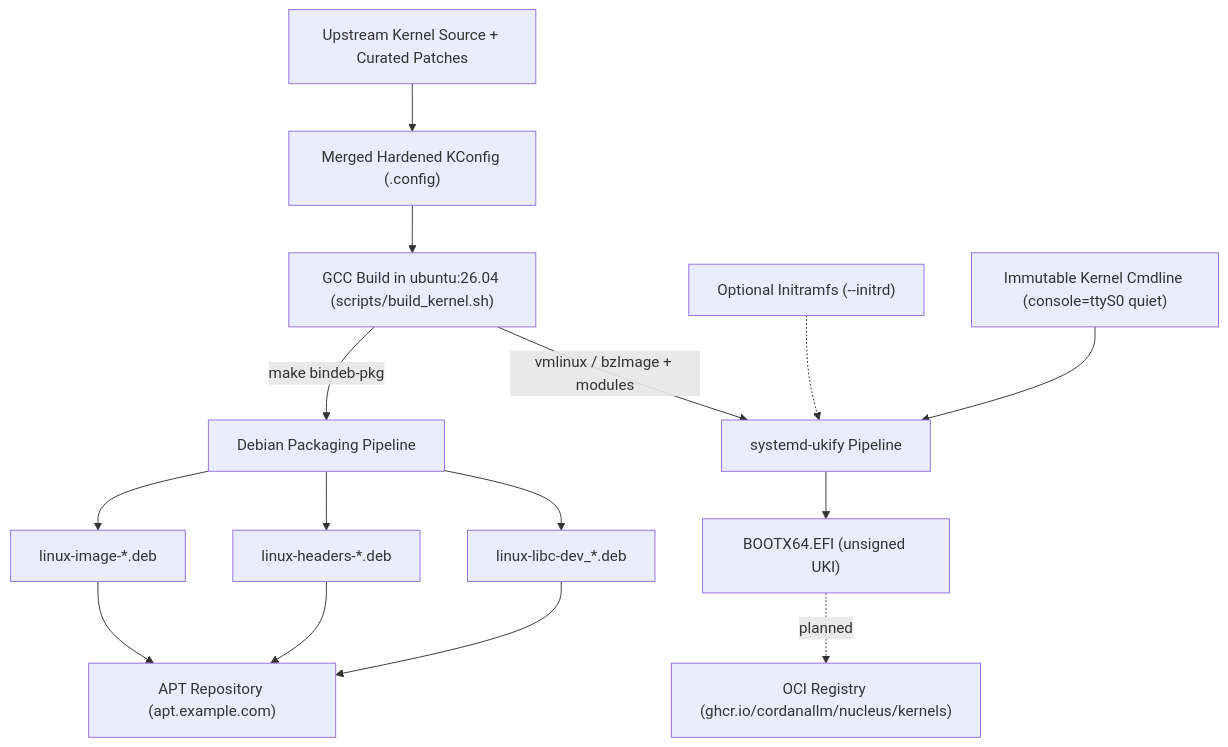
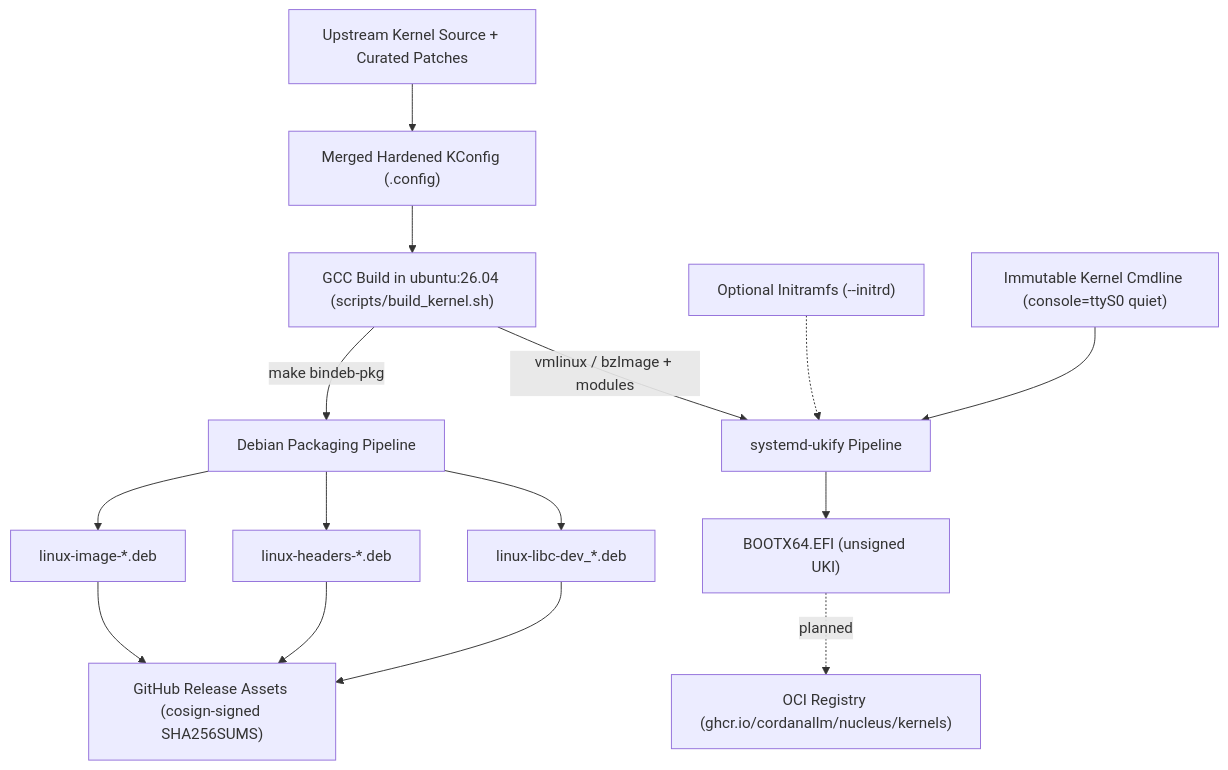
The diagram in docs/packaging.md (cordanaLLM/nucleus), drawn with Mermaid before and after one commit. The commit also changed other lines of this file and 5 other files, not shown here.

````diff
--- a/docs/packaging.md
+++ b/docs/packaging.md
@@ -25,22 +25,22 @@
 ```mermaid
 flowchart TD
     SRC["Upstream Kernel Source + Curated Patches"] --> KCONF["Merged Hardened KConfig (.config)"]
     KCONF --> BUILD["GCC Build in ubuntu:26.04 (scripts/build_kernel.sh)"]
 
     BUILD -->|"make bindeb-pkg"| DEB_STAGE["Debian Packaging Pipeline"]
     DEB_STAGE --> DEB_IMG["linux-image-*.deb"]
     DEB_STAGE --> DEB_HDR["linux-headers-*.deb"]
     DEB_STAGE --> DEB_DEV["linux-libc-dev_*.deb"]
 
     BUILD -->|"vmlinux / bzImage + modules"| UKI_STAGE["systemd-ukify Pipeline"]
     INITRD["Optional Initramfs (--initrd)"] -.-> UKI_STAGE
     CMDLINE["Immutable Kernel Cmdline (console=ttyS0 quiet)"] --> UKI_STAGE
 
     UKI_STAGE --> UKI_BIN["BOOTX64.EFI (unsigned UKI)"]
 
-    DEB_IMG --> APT_REPO["APT Repository (apt.example.com)"]
-    DEB_HDR --> APT_REPO
-    DEB_DEV --> APT_REPO
+    DEB_IMG --> GH_RELEASE["GitHub Release Assets (cosign-signed SHA256SUMS)"]
+    DEB_HDR --> GH_RELEASE
+    DEB_DEV --> GH_RELEASE
 
     UKI_BIN -.->|"planned"| OCI_REG["OCI Registry (ghcr.io/cordanallm/nucleus/kernels)"]
 ```
````
